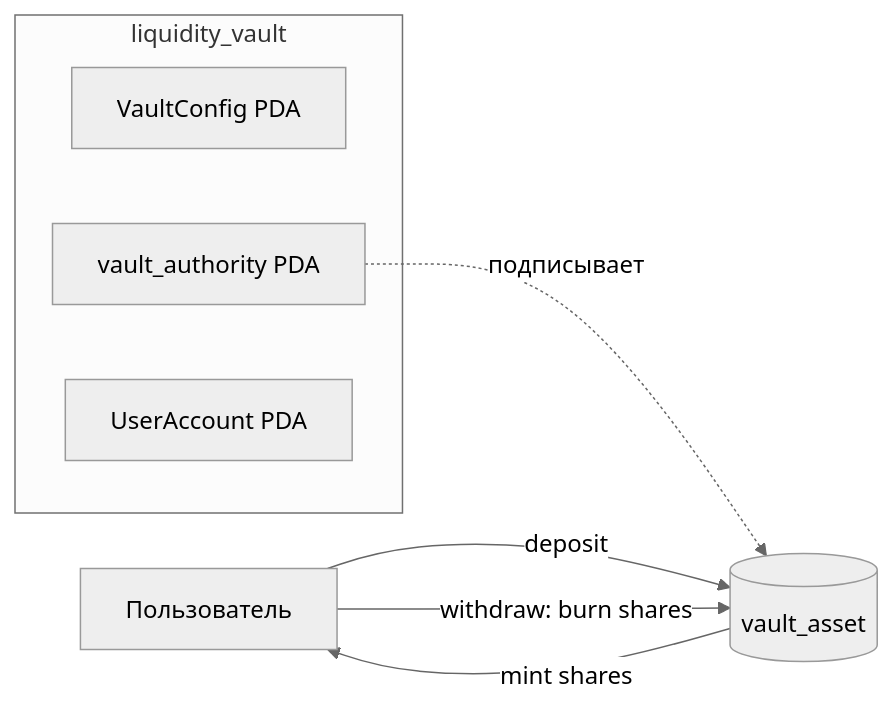
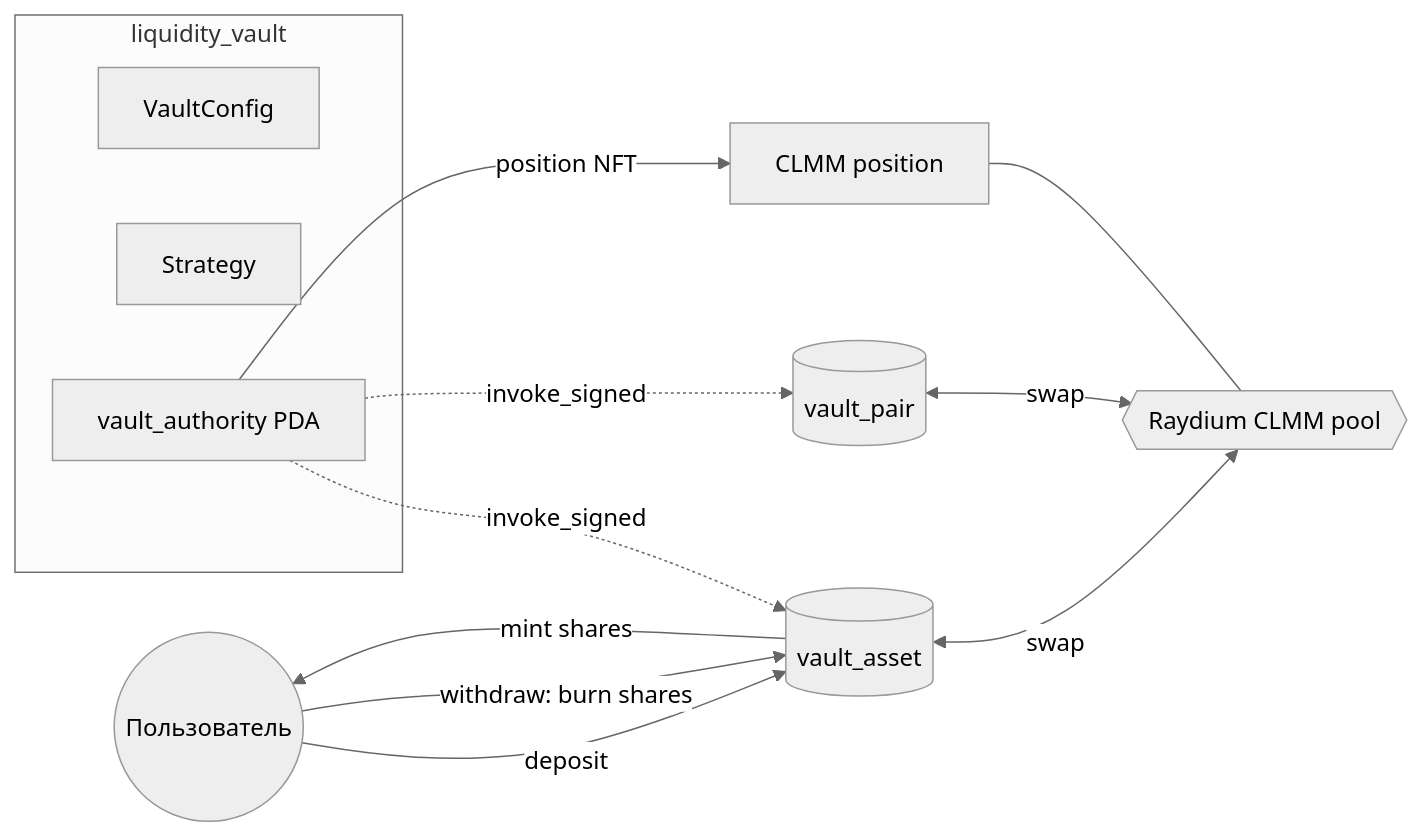
One commit to wvri/solana-course changed the diagram in liquidity-vault/README.md. Above: the diagram before and after it, drawn with Mermaid (neutral theme). The commit also changed other lines of this file and 21 other files, not shown here.

First line of the commit message:
Week 13: CLMM position - open, collect fees, close, rebalance

````diff
--- a/liquidity-vault/README.md
+++ b/liquidity-vault/README.md
@@ -5,12 +5,17 @@
 ```mermaid
 flowchart LR
-    U[Пользователь] -- deposit --> V[(vault_asset)]
-    V -- mint shares --> U
-    U -- withdraw: burn shares --> V
+    U((Пользователь)) -- deposit --> VA[(vault_asset)]
+    VA -- mint shares --> U
+    U -- withdraw: burn shares --> VA
     subgraph Program[liquidity_vault]
-        C[VaultConfig PDA]
+        C[VaultConfig]
+        S[Strategy]
         A[vault_authority PDA]
-        UA[UserAccount PDA]
     end
-    A -. подписывает .-> V
+    A -. invoke_signed .-> VA
+    A -. invoke_signed .-> VP[(vault_pair)]
+    VA <-- swap --> R{{Raydium CLMM pool}}
+    VP <-- swap --> R
+    A -- position NFT --> P[CLMM position]
+    P --- R
 ```
````
